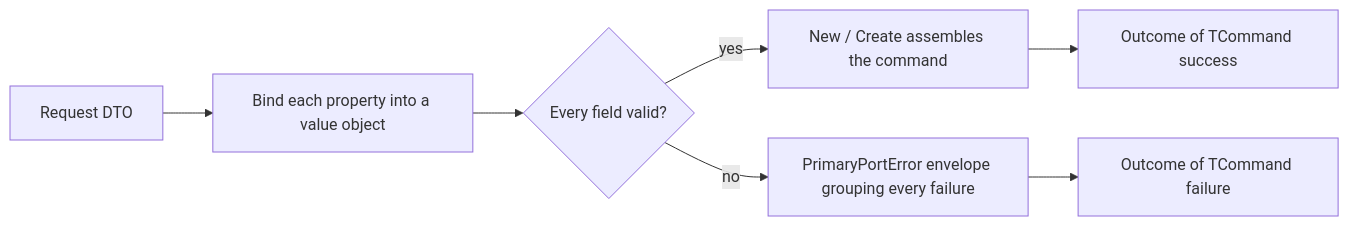
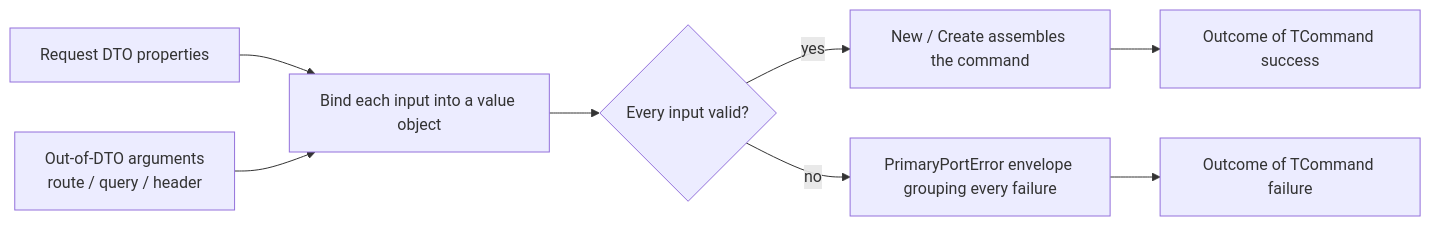
One commit to Reefact/first-class-errors changed the diagram in doc/handwritten/for-users/RequestBinder.en.md. Above: the diagram before and after it, drawn with Mermaid. The commit also changed other lines of this file and 44 other files, not shown here.

````diff
--- a/doc/handwritten/for-users/RequestBinder.en.md
+++ b/doc/handwritten/for-users/RequestBinder.en.md
@@ -20,9 +20,10 @@
 ```mermaid
 flowchart LR
-    A[Request DTO] --> B[Bind each property into a value object]
-    B --> C{Every field valid?}
+    A[Request DTO properties] --> B[Bind each input into a value object]
+    A2[Out-of-DTO arguments<br/>route / query / header] --> B
+    B --> C{Every input valid?}
     C -->|yes| D[New / Create assembles the command]
     C -->|no| E[PrimaryPortError envelope grouping every failure]
     D --> F[Outcome of TCommand success]
     E --> F2[Outcome of TCommand failure]
 ```
````
